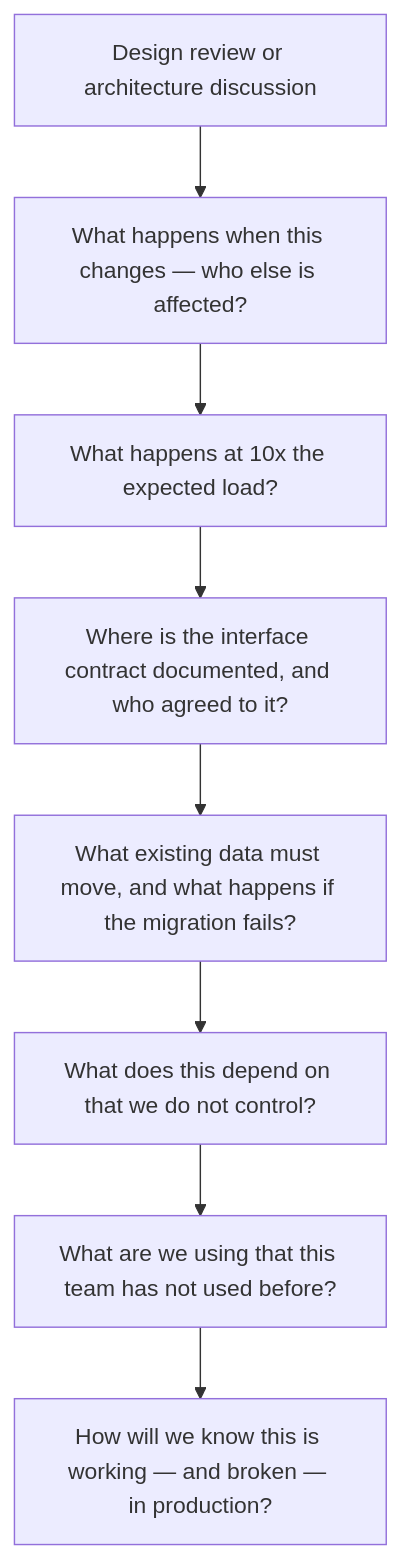
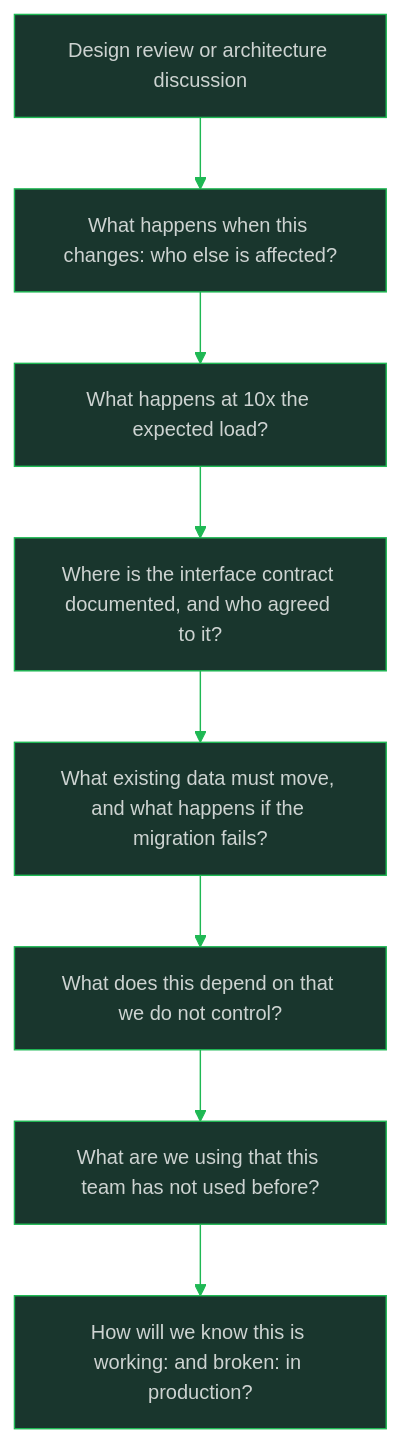
One commit to oat431/swe-knowledge changed the diagram in career-path/12_Technical_Program_Manager/02_Technical_Integration_and_Architecture/04_Technical_Risk_Identification.md. Above: the diagram before and after it, drawn with Mermaid. The commit also changed other lines of this file and 893 other files, not shown here.

````diff
--- a/career-path/12_Technical_Program_Manager/02_Technical_Integration_and_Architecture/04_Technical_Risk_Identification.md
+++ b/career-path/12_Technical_Program_Manager/02_Technical_Integration_and_Architecture/04_Technical_Risk_Identification.md
@@ -48,10 +48,11 @@
 ```mermaid
+%%{init: {'theme':'base','themeVariables':{'primaryColor':'#19362D','primaryTextColor':'#CDD3D1','primaryBorderColor':'#1FB854','lineColor':'#1FB854','background':'#1B1717','mainBkg':'#19362D','clusterBkg':'#161212','edgeLabelBackground':'#161212','titleColor':'#1FB854','fontSize':'14px'}}}%%
 flowchart TD
-    DESIGN["Design review or architecture discussion"] --> COUPLING["What happens when this changes — who else is affected?"]
+    DESIGN["Design review or architecture discussion"] --> COUPLING["What happens when this changes: who else is affected?"]
     COUPLING --> CAPACITY["What happens at 10x the expected load?"]
     CAPACITY --> CONTRACT["Where is the interface contract documented, and who agreed to it?"]
     CONTRACT --> MIGRATION["What existing data must move, and what happens if the migration fails?"]
     MIGRATION --> EXTERNAL["What does this depend on that we do not control?"]
     EXTERNAL --> NOVELTY["What are we using that this team has not used before?"]
-    NOVELTY --> OPS["How will we know this is working — and broken — in production?"]
+    NOVELTY --> OPS["How will we know this is working: and broken: in production?"]
 ```
````
